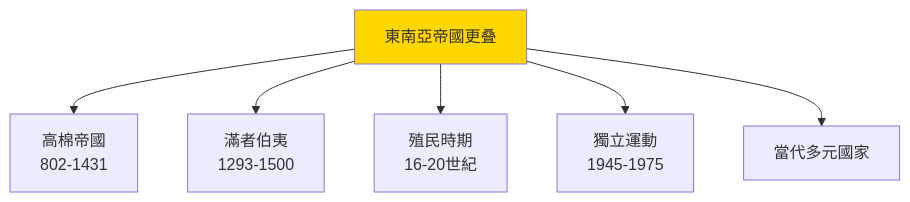
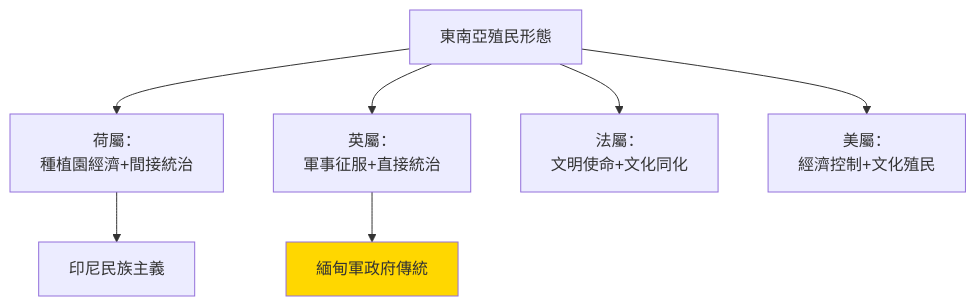
One commit to yip-lgtm/HKU-Harvard-History-Self-Study changed the first of 10 diagrams in 01_HKU_Courses/HIST2192_Modern_Southeast_Asian_history.md. Above: the diagram before and after it, drawn with Mermaid. The commit also changed other lines of this file and 7 other files, not shown here.

````diff
--- a/01_HKU_Courses/HIST2192_Modern_Southeast_Asian_history.md
+++ b/01_HKU_Courses/HIST2192_Modern_Southeast_Asian_history.md
@@ -80,9 +105,10 @@
 ```mermaid
 graph TD
-    A["東南亞帝國更叠"] --> B["高棉帝國<br/>802-1431"]
-    A --> C["滿者伯夷<br/>1293-1500"]
-    A --> D["殖民時期<br/>16-20世紀"]
-    A --> E["獨立運動<br/>1945-1975"]
-    A --> F["當代多元國家"]
-    style A fill:#FFD700
+    A["東南亞殖民形態"] --> B["荷屬：<br/>種植園經濟+間接統治"]
+    A --> C["英屬：<br/>軍事征服+直接統治"]
+    A --> D["法屬：<br/>文明使命+文化同化"]
+    A --> E["美屬：<br/>經濟控制+文化殖民"]
+    B --> F["印尼民族主義"]
+    C --> G["緬甸軍政府傳統"]
+    style G fill:#FFD700
 ```
````
